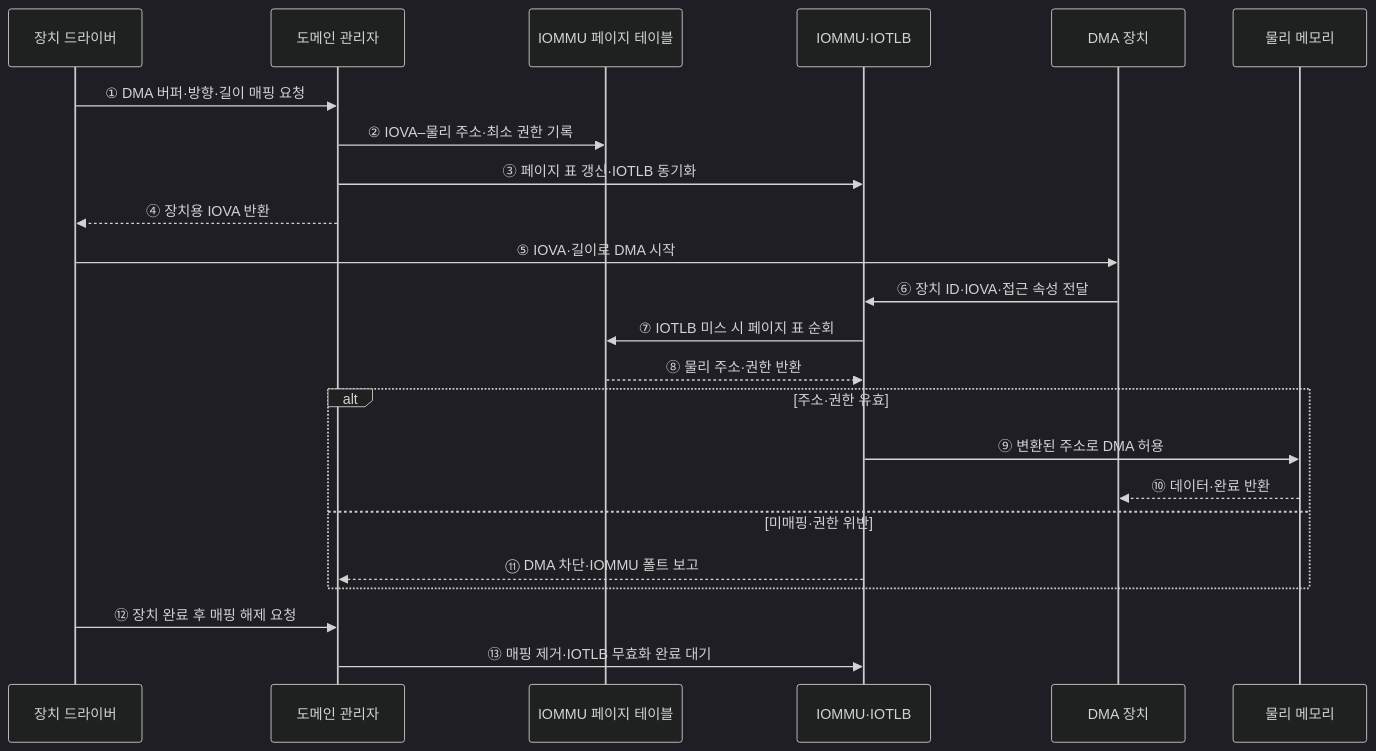
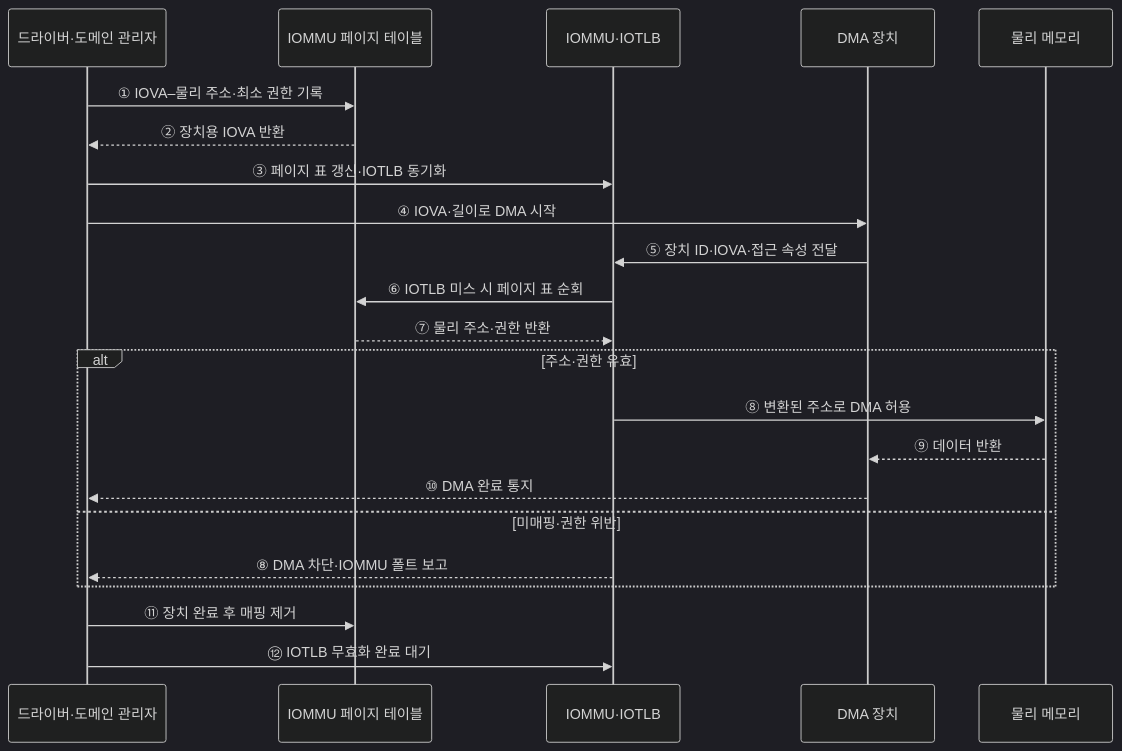
Before and after one commit to agnusdei1207/knowledge-base: the second of 2 diagrams in src/content/docs/notes/02-hardware/086_iommu.md, drawn with Mermaid (dark theme). The commit also changed other lines of this file and 14 other files, not shown here.

````diff
--- a/src/content/docs/notes/02-hardware/086_iommu.md
+++ b/src/content/docs/notes/02-hardware/086_iommu.md
@@ -90,26 +79,25 @@
 ```mermaid
 sequenceDiagram
-    participant R as 장치 드라이버
-    participant O as 도메인 관리자
+    participant R as 드라이버·도메인 관리자
     participant T as IOMMU 페이지 테이블
     participant I as IOMMU·IOTLB
     participant D as DMA 장치
     participant M as 물리 메모리
 
-    R->>O: ① DMA 버퍼·방향·길이 매핑 요청
-    O->>T: ② IOVA–물리 주소·최소 권한 기록
-    O->>I: ③ 페이지 표 갱신·IOTLB 동기화
-    O-->>R: ④ 장치용 IOVA 반환
-    R->>D: ⑤ IOVA·길이로 DMA 시작
-    D->>I: ⑥ 장치 ID·IOVA·접근 속성 전달
-    I->>T: ⑦ IOTLB 미스 시 페이지 표 순회
-    T-->>I: ⑧ 물리 주소·권한 반환
+    R->>T: ① IOVA–물리 주소·최소 권한 기록
+    T-->>R: ② 장치용 IOVA 반환
+    R->>I: ③ 페이지 표 갱신·IOTLB 동기화
+    R->>D: ④ IOVA·길이로 DMA 시작
+    D->>I: ⑤ 장치 ID·IOVA·접근 속성 전달
+    I->>T: ⑥ IOTLB 미스 시 페이지 표 순회
+    T-->>I: ⑦ 물리 주소·권한 반환
     alt 주소·권한 유효
-        I->>M: ⑨ 변환된 주소로 DMA 허용
-        M-->>D: ⑩ 데이터·완료 반환
+        I->>M: ⑧ 변환된 주소로 DMA 허용
+        M-->>D: ⑨ 데이터 반환
+        D-->>R: ⑩ DMA 완료 통지
     else 미매핑·권한 위반
-        I-->>O: ⑪ DMA 차단·IOMMU 폴트 보고
+        I-->>R: ⑧ DMA 차단·IOMMU 폴트 보고
     end
-    R->>O: ⑫ 장치 완료 후 매핑 해제 요청
-    O->>I: ⑬ 매핑 제거·IOTLB 무효화 완료 대기
+    R->>T: ⑪ 장치 완료 후 매핑 제거
+    R->>I: ⑫ IOTLB 무효화 완료 대기
 ```
````
